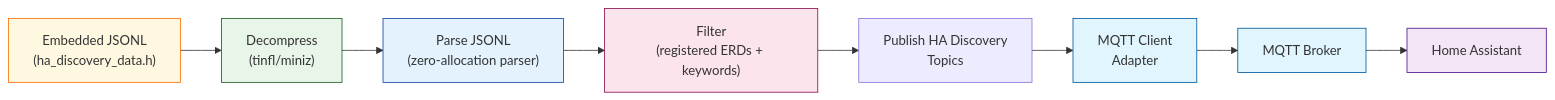
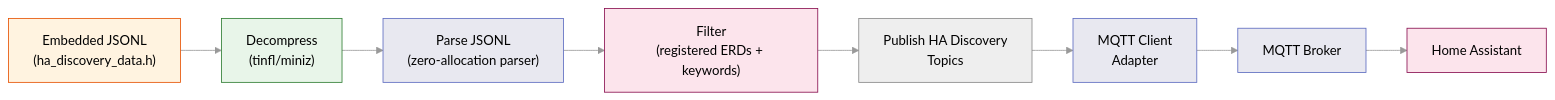
The third of 3 diagrams in docs/architecture/data-flow.md (eddietheengineer/home-assistant-bridge-esphome), drawn with Mermaid before and after one commit. The commit also changed other lines of this file and 9 other files, not shown here.

````diff
--- a/docs/architecture/data-flow.md
+++ b/docs/architecture/data-flow.md
@@ -129,24 +131,25 @@
 ```mermaid
+%%{init: {"theme":"neutral","themeVariables":{"primaryColor":"#4a90d9","primaryBorderColor":"#2c6a9e","primaryTextColor":"#1a1a1a","secondaryColor":"#d9e8f5","tertiaryColor":"#f0f0f0","lineColor":"#999999","clusterBkg":"#f5f5f5","clusterBorder":"#aaaaaa","fontFamily":"monospace","nodeBorder":"#888888","edgeLabelBackground":"#ffffff"}}}%%
 graph LR
     EMBEDDED["Embedded JSONL<br/>(ha_discovery_data.h)"] --> DECOMPRESS["Decompress<br/>(tinfl/miniz)"]
     DECOMPRESS --> PARSE["Parse JSONL<br/>(zero-allocation parser)"]
     PARSE --> FILTER["Filter<br/>(registered ERDs + keywords)"]
     FILTER --> PUBLISH["Publish HA Discovery<br/>Topics"]
     PUBLISH --> MQTT["MQTT Client<br/>Adapter"]
     MQTT --> BROKER["MQTT Broker"]
     BROKER --> HA["Home Assistant"]
 
-    classDef embedded fill:#fff8e1,stroke:#ff6f00
-    classDef decompress fill:#e8f5e9,stroke:#1b5e20
-    classDef parse fill:#e3f2fd,stroke:#0d47a1
+    classDef embedded fill:#fff3e0,stroke:#e65100
+    classDef decompress fill:#e8f5e9,stroke:#2e7d32
+    classDef parse fill:#e8e8f0,stroke:#5c6bc0
     classDef filter fill:#fce4ec,stroke:#880e4f
-    classDef mqtt fill:#e1f5fe,stroke:#01579b
-    classDef ha fill:#f3e5f5,stroke:#4a148c
+    classDef mqtt fill:#e8e8f0,stroke:#5c6bc0
+    classDef ha fill:#fce4ec,stroke:#880e4f
 
     class EMBEDDED embedded
     class DECOMPRESS decompress
     class PARSE parse
     class FILTER filter
     class MQTT,BROKER mqtt
     class HA ha
 ```
````
